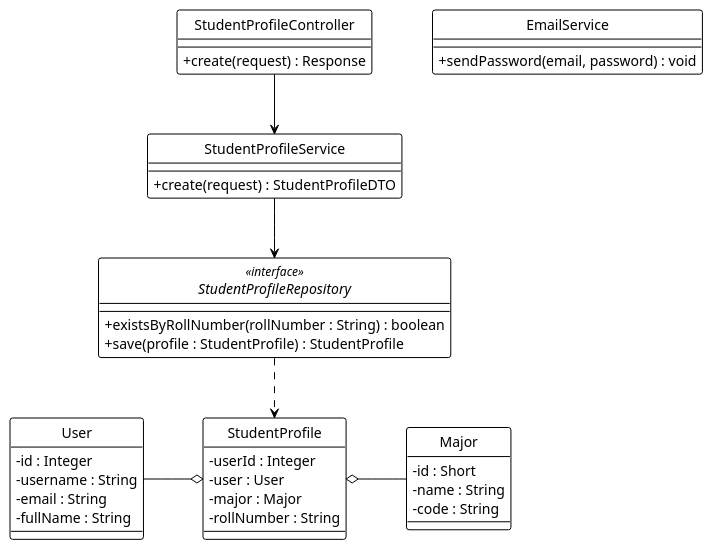
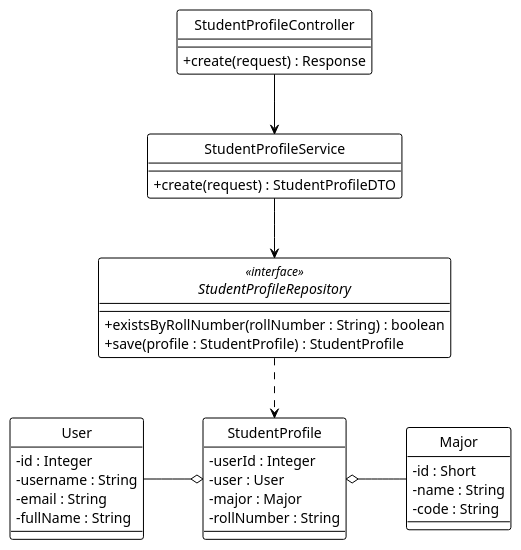
One commit to Ndh474/context changed the diagram in system_detailed_design/44_create_student/class_diagram_create_student.puml. Above: the diagram before and after it, drawn with PlantUML. The commit also changed 8 other files, not shown here.

```diff
--- a/system_detailed_design/44_create_student/class_diagram_create_student.puml
+++ b/system_detailed_design/44_create_student/class_diagram_create_student.puml
@@ -1,63 +1,59 @@
 @startuml create_student
 !theme plain
 hide circle
 skinparam classAttributeIconSize 0
 
 ' --- CẤU HÌNH "ORTHO" (BẮT BUỘC) ---
 skinparam linetype ortho
 skinparam nodesep 60
 skinparam ranksep 60
 
 ' --- CONTROLLER ---
 class StudentProfileController {
   + create(request) : Response
 }
 
 ' --- SERVICE ---
 class StudentProfileService {
   + create(request) : StudentProfileDTO
-}
-
-class EmailService {
-  + sendPassword(email, password) : void
 }
 
 ' --- REPOSITORY ---
 interface StudentProfileRepository <<interface>> {
   + existsByRollNumber(rollNumber : String) : boolean
   + save(profile : StudentProfile) : StudentProfile
 }
 
 ' --- ENTITIES ---
 class StudentProfile {
   - userId : Integer
   - user : User
   - major : Major
   - rollNumber : String
 }
 
 class User {
   - id : Integer
   - username : String
   - email : String
   - fullName : String
 }
 
 class Major {
   - id : Short
   - name : String
   - code : String
 }
 
 ' --- DEPENDENCY INJECTION (Association) ---
 StudentProfileController -down-> StudentProfileService
 StudentProfileService -down-> StudentProfileRepository
 
 ' --- REPOSITORY USAGE (Dependency) ---
 StudentProfileRepository .down.> StudentProfile
 
 ' --- ENTITY RELATIONSHIPS (Aggregation) ---
 StudentProfile o-left- User
 StudentProfile o-right- Major
 
 @enduml
```
